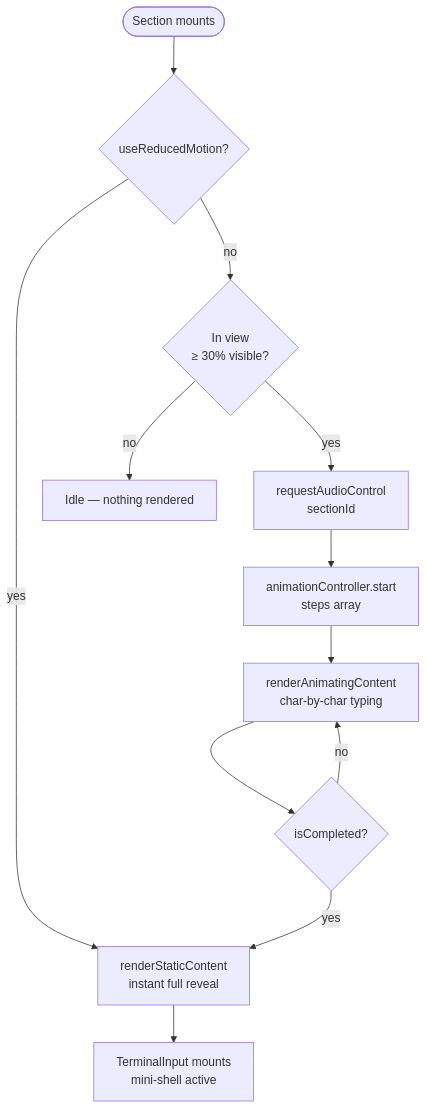
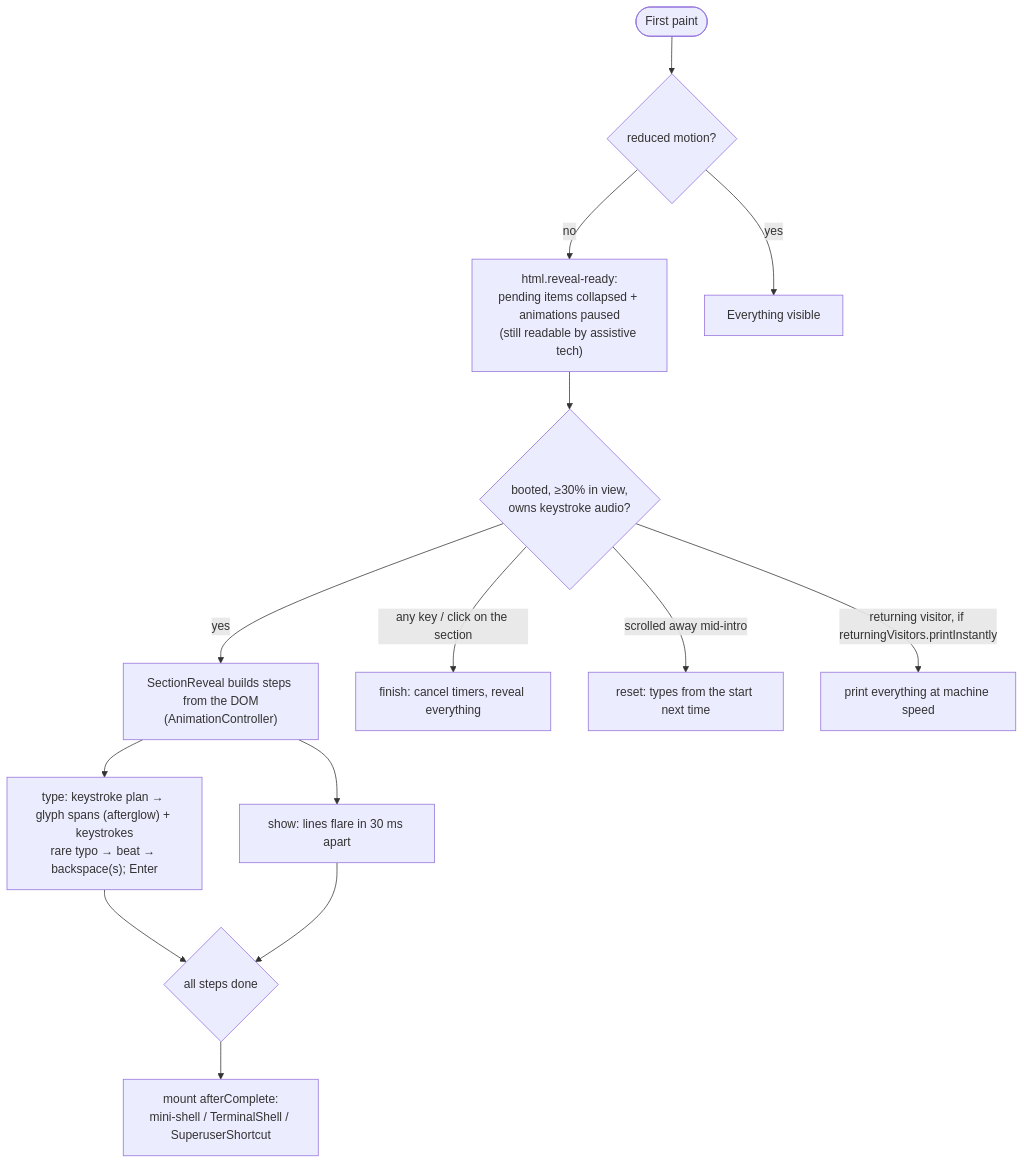
The second of 10 diagrams in README.md (kudzaiprichard/my-portfolio), drawn with Mermaid before and after one commit. The commit also changed other lines of this file and 1 other file, not shown here.

````diff
--- a/README.md
+++ b/README.md
@@ -261,14 +338,16 @@
 ```mermaid
 flowchart TD
-    Mount([Section mounts]) --> RM{useReducedMotion?}
-    RM -- yes --> Static[renderStaticContent\ninstant full reveal]
-    RM -- no --> OOV{In view\n≥ 30% visible?}
-    OOV -- no --> Idle[Idle — nothing rendered]
-    OOV -- yes --> Request[requestAudioControl\nsectionId]
-    Request --> Start[animationController.start\nsteps array]
-    Start --> Animate[renderAnimatingContent\nchar-by-char typing]
-    Animate --> Done{isCompleted?}
-    Done -- no --> Animate
-    Done -- yes --> Static
-    Static --> Input[TerminalInput mounts\nmini-shell active]
+    Paint([First paint]) --> Ready{"reduced motion?"}
+    Ready -- no --> Hide["html.reveal-ready:\npending items collapsed + animations paused\n(still readable by assistive tech)"]
+    Ready -- yes --> All[Everything visible]
+    Hide --> View{"booted, ≥30% in view,\nowns keystroke audio?"}
+    View -- yes --> Steps["SectionReveal builds steps from the DOM\n(AnimationController)"]
+    Steps --> Type["type: keystroke plan → glyph spans (afterglow) + keystrokes\nrare typo → beat → backspace(s); Enter"]
+    Steps --> Show["show: lines flare in 30 ms apart"]
+    Type --> Done{all steps done}
+    Show --> Done
+    Done --> Mount["mount afterComplete:\nmini-shell / TerminalShell / SuperuserShortcut"]
+    View -- "any key / click on the section" --> Finish["finish: cancel timers, reveal everything"]
+    View -- "scrolled away mid-intro" --> Restart["reset: types from the start next time"]
+    View -- "returning visitor, if returningVisitors.printInstantly" --> Instant["print everything at machine speed"]
 ```
````
